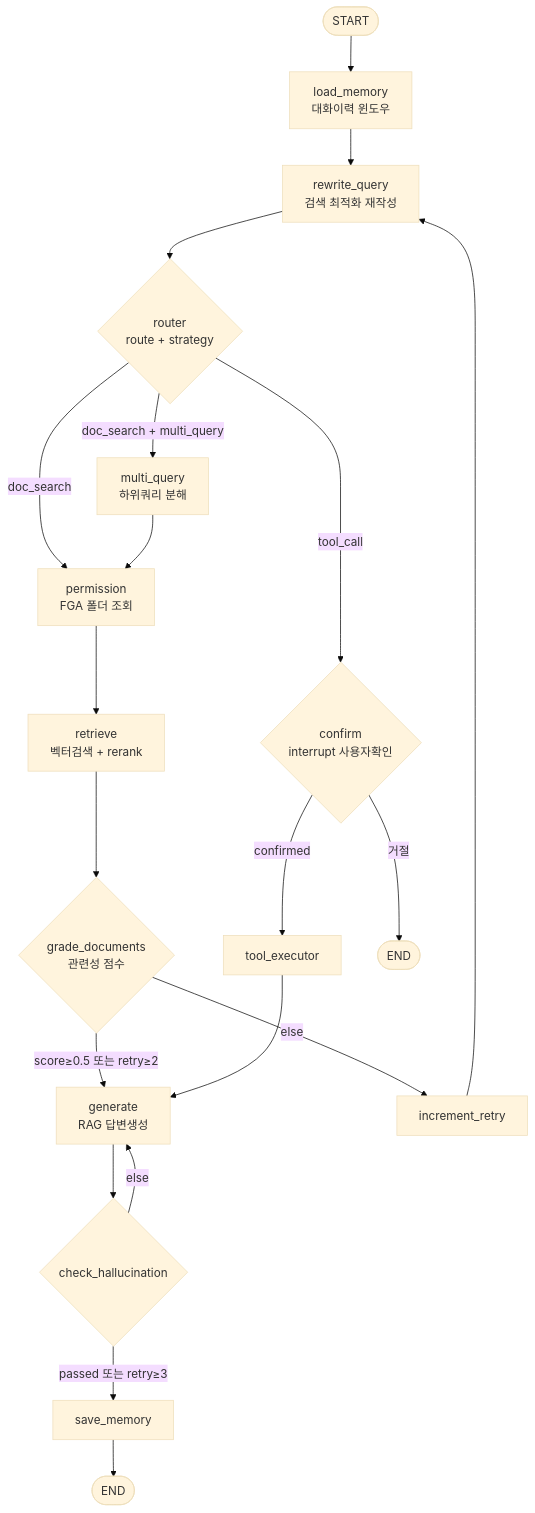
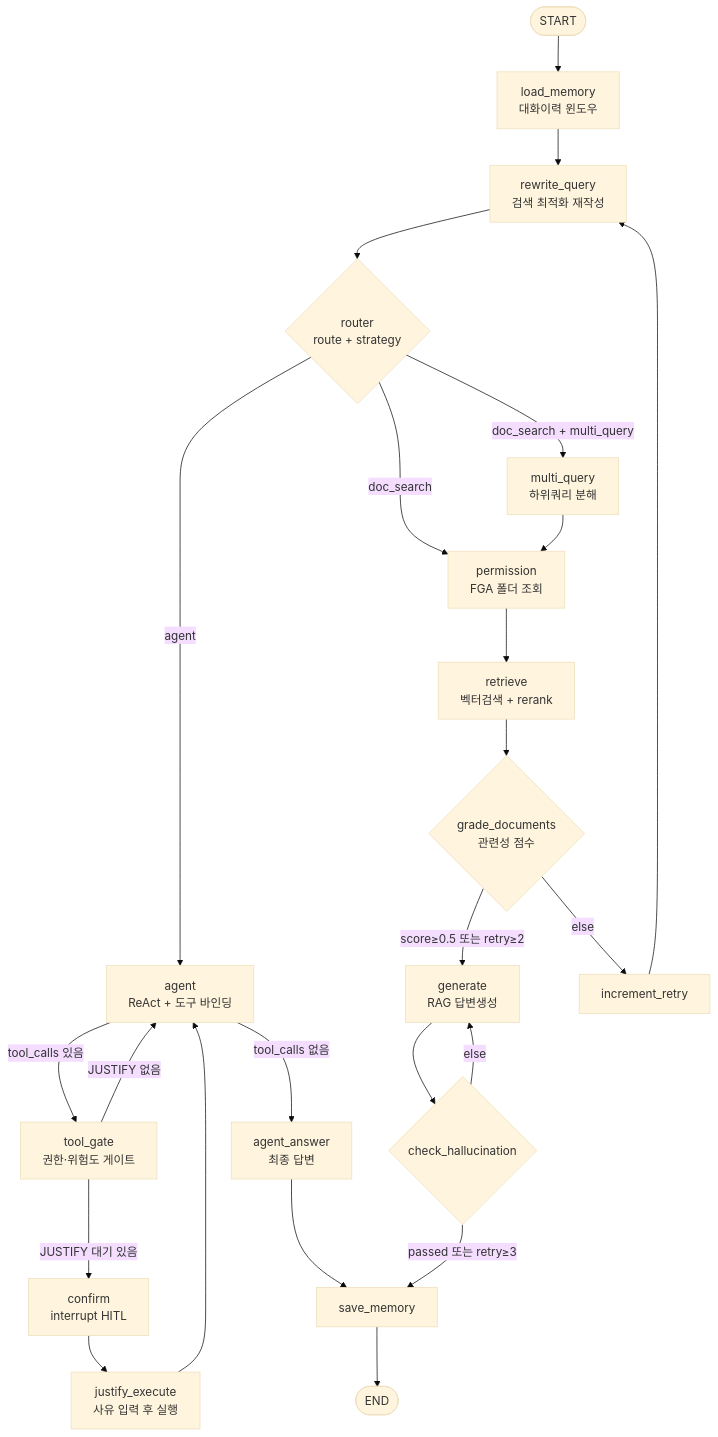
Before and after one commit to ACACIANh/company-rag: the first of 6 diagrams in backend/docs/architecture/backend-internals.md, drawn with Mermaid (base theme). The commit also changed other lines of this file and 3 other files, not shown here.

Commit message:
docs: 외부 문서의 옛 라벨 tool_call → agent 정합 (ADR-0031)

````diff
--- a/backend/docs/architecture/backend-internals.md
+++ b/backend/docs/architecture/backend-internals.md
@@ -16,24 +16,33 @@
 ```mermaid
 flowchart TD
     START([START]) --> LM[load_memory<br/>대화이력 윈도우]
     LM --> RW[rewrite_query<br/>검색 최적화 재작성]
     RW --> RT{router<br/>route + strategy}
 
     RT -->|doc_search + multi_query| MQ[multi_query<br/>하위쿼리 분해]
     RT -->|doc_search| PERM[permission<br/>FGA 폴더 조회]
-    RT -->|tool_call| CF{confirm<br/>interrupt 사용자확인}
+    RT -->|agent| AG[agent<br/>ReAct + 도구 바인딩]
 
     MQ --> PERM
     PERM --> RET[retrieve<br/>벡터검색 + rerank]
     RET --> GD{grade_documents<br/>관련성 점수}
 
     GD -->|score≥0.5 또는 retry≥2| GEN[generate<br/>RAG 답변생성]
     GD -->|else| INC[increment_retry] --> RW
 
-    CF -->|confirmed| TE[tool_executor] --> GEN
-    CF -->|거절| E1([END])
+    AG -->|tool_calls 있음| TG[tool_gate<br/>권한·위험도 게이트]
+    AG -->|tool_calls 없음| AA[agent_answer<br/>최종 답변]
+
+    TG -->|JUSTIFY 대기 있음| CF[confirm<br/>interrupt HITL]
+    TG -->|JUSTIFY 없음| AG
+
+    CF --> JE[justify_execute<br/>사유 입력 후 실행]
+    JE --> AG
+
+    AA --> SM[save_memory]
 
     GEN --> CH{check_hallucination}
-    CH -->|passed 또는 retry≥3| SM[save_memory] --> E2([END])
+    CH -->|passed 또는 retry≥3| SM
     CH -->|else| GEN
+    SM --> E([END])
 ```
````
